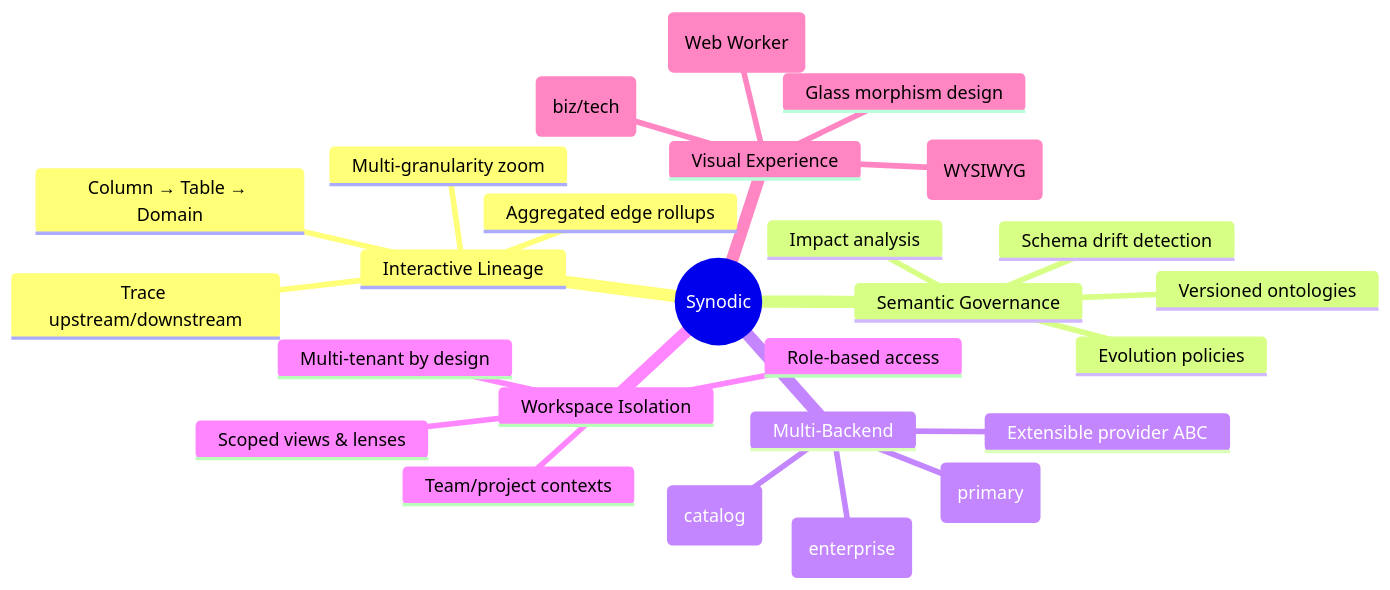
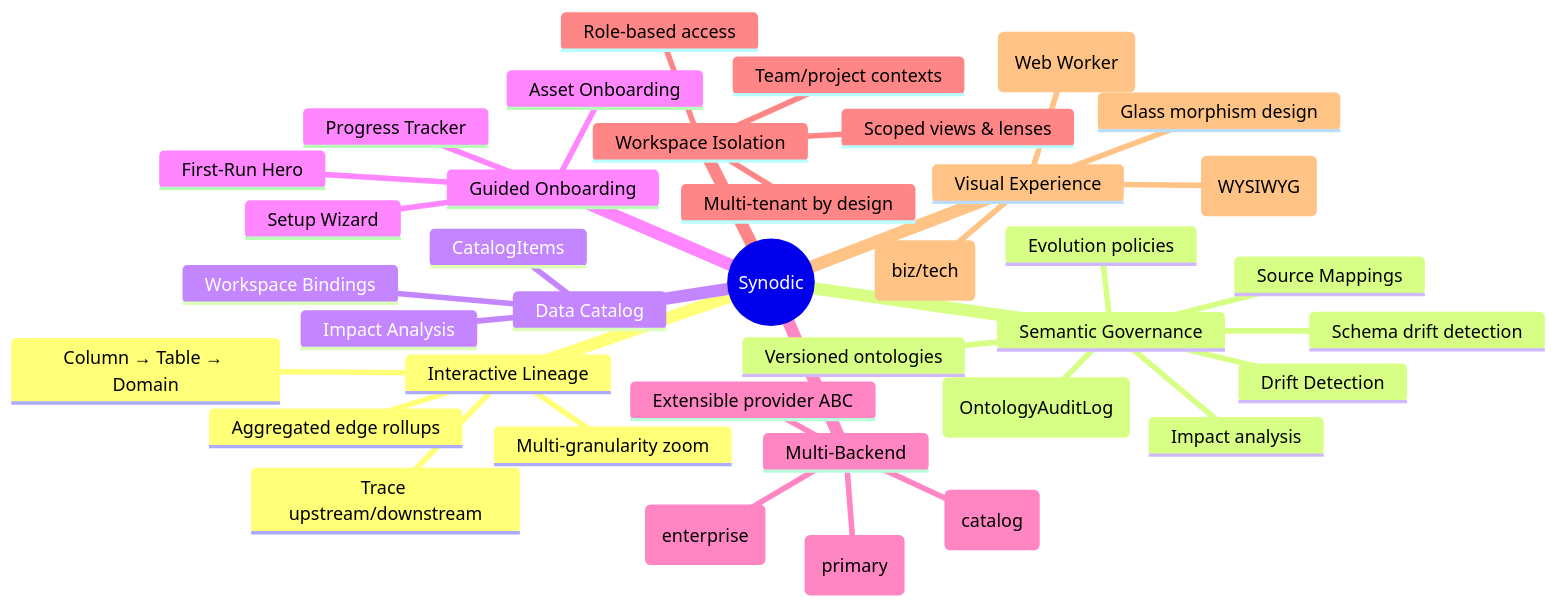
One commit to rkrumins/synodic changed the first of 10 diagrams in docs/OVERVIEW.md. Above: the diagram before and after it, drawn with Mermaid. The commit also changed other lines of this file and 9 other files, not shown here.

````diff
--- a/docs/OVERVIEW.md
+++ b/docs/OVERVIEW.md
@@ -9,29 +55,41 @@
 ```mermaid
 mindmap
   root((Synodic))
     Interactive Lineage
       Trace upstream/downstream
       Multi-granularity zoom
       Column → Table → Domain
       Aggregated edge rollups
     Semantic Governance
       Versioned ontologies
       Evolution policies
       Impact analysis
       Schema drift detection
+      Audit Trail (OntologyAuditLog)
+      Source Mappings
+      Drift Detection
+    Data Catalog
+      CatalogItems
+      Workspace Bindings
+      Impact Analysis
+    Guided Onboarding
+      First-Run Hero
+      Setup Wizard
+      Progress Tracker
+      Asset Onboarding
     Multi-Backend
       FalkorDB (primary)
       Neo4j (enterprise)
       DataHub (catalog)
       Extensible provider ABC
     Workspace Isolation
       Multi-tenant by design
       Team/project contexts
       Role-based access
       Scoped views & lenses
     Visual Experience
       Glass morphism design
       Persona toggle (biz/tech)
       Layer Studio (WYSIWYG)
       ELK layout (Web Worker)
 ```
````
